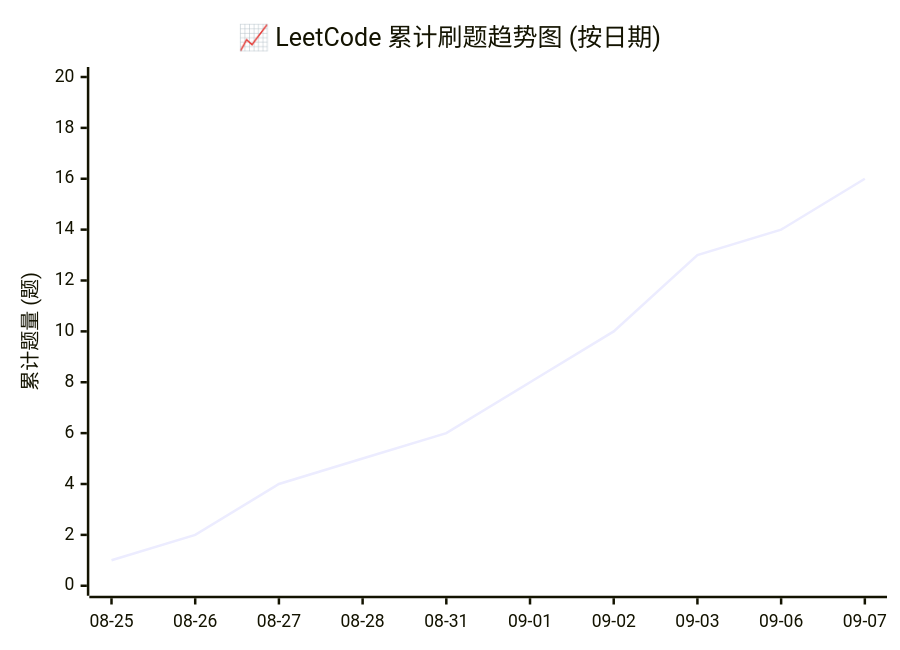
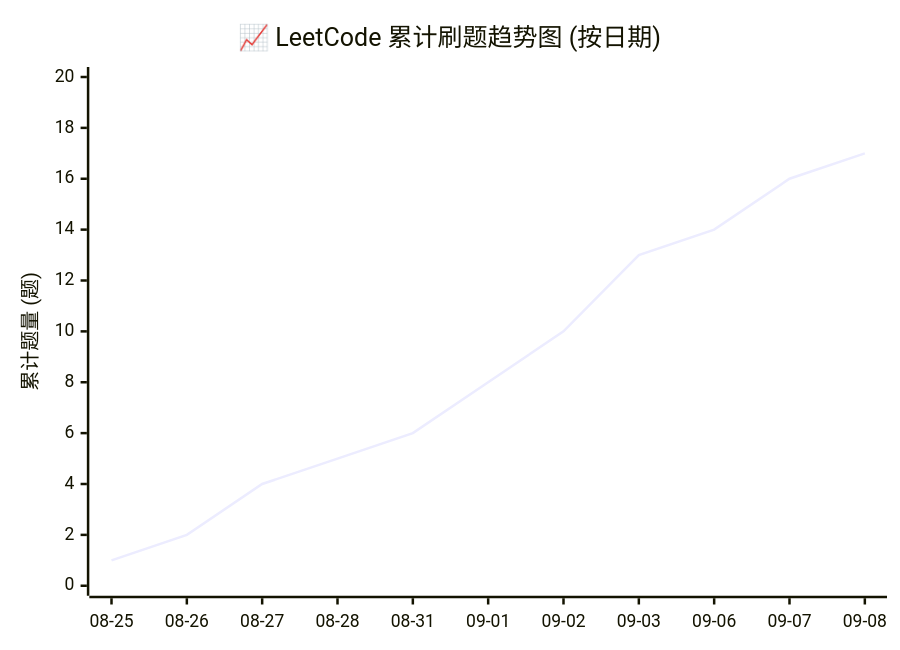
The diagram in README.md (hexinbyte/LeetCode-Journey), drawn with Mermaid before and after one commit. The commit also changed other lines of this file and 2 other files, not shown here.

````diff
--- a/README.md
+++ b/README.md
@@ -16,7 +16,7 @@
 ```mermaid
 xychart-beta
     title "📈 LeetCode 累计刷题趋势图 (按日期)"
-    x-axis ["08-25", "08-26", "08-27", "08-28", "08-31", "09-01", "09-02", "09-03", "09-06", "09-07"]
+    x-axis ["08-25", "08-26", "08-27", "08-28", "08-31", "09-01", "09-02", "09-03", "09-06", "09-07", "09-08"]
     y-axis "累计题量 (题)" 0 --> 20
-    line [1, 2, 4, 5, 6, 8, 10, 13, 14, 16]
+    line [1, 2, 4, 5, 6, 8, 10, 13, 14, 16, 17]
 ```
````
